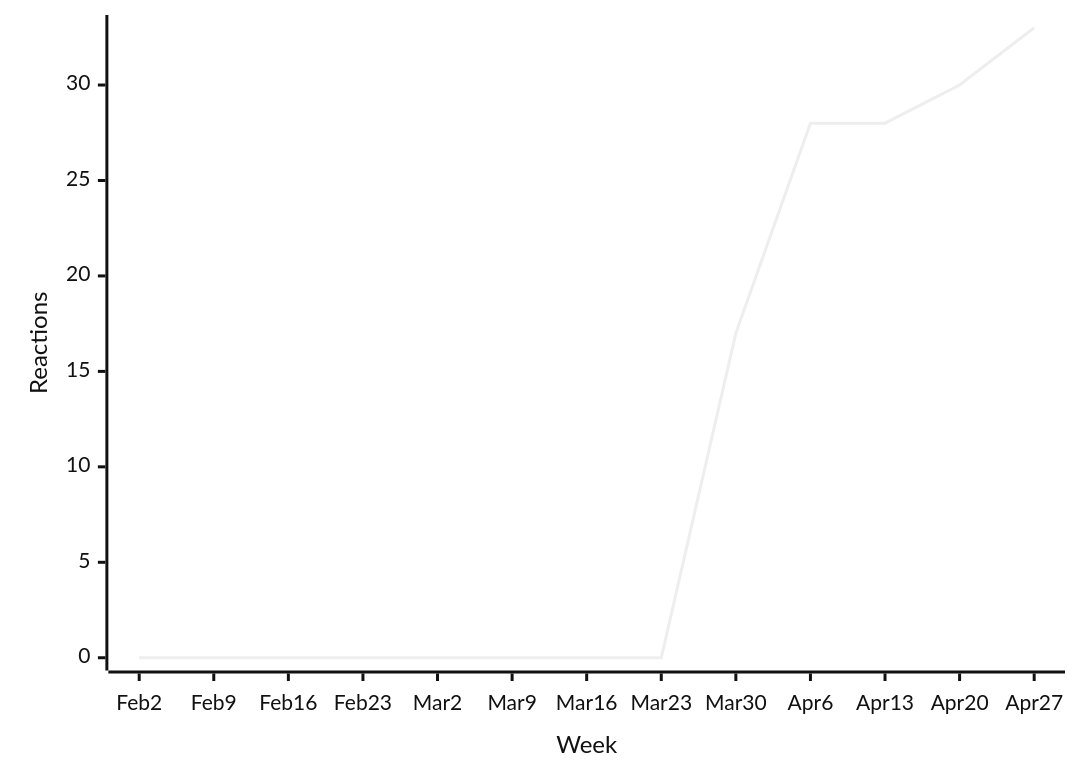
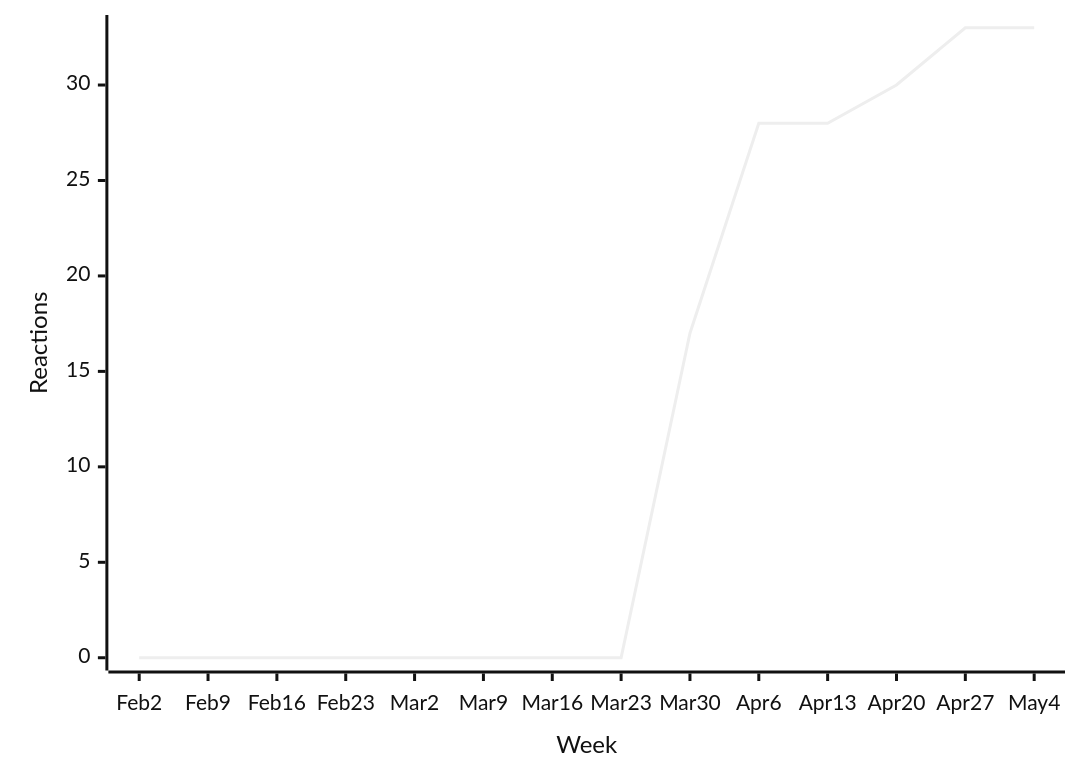
The third of 56 diagrams in README.md (loic-sharma/github-insights), drawn with Mermaid (neutral theme) before and after one commit. The commit also changed other lines of this file and 3 other files, not shown here.

````diff
--- a/README.md
+++ b/README.md
@@ -373,6 +373,6 @@
   ```mermaid
   xychart-beta
-    x-axis "Week" [Feb 2, Feb 9, Feb 16, Feb 23, Mar 2, Mar 9, Mar 16, Mar 23, Mar 30, Apr 6, Apr 13, Apr 20, Apr 27]
+    x-axis "Week" [Feb 2, Feb 9, Feb 16, Feb 23, Mar 2, Mar 9, Mar 16, Mar 23, Mar 30, Apr 6, Apr 13, Apr 20, Apr 27, May 4]
     y-axis "Reactions"
-    line [0, 0, 0, 0, 0, 0, 0, 0, 17, 28, 28, 30, 33]
+    line [0, 0, 0, 0, 0, 0, 0, 0, 17, 28, 28, 30, 33, 33]
   ```
````
